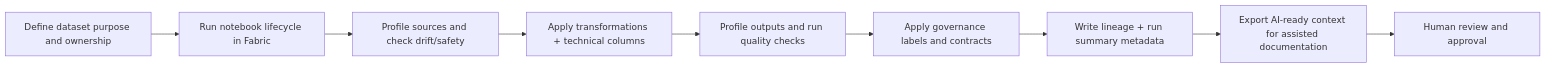
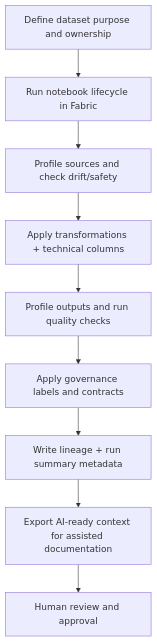
Before and after one commit to Voycepeh/fabric-data-product-framework: the diagram in README.md, drawn with Mermaid. The commit also changed other lines of this file, not shown here.

Commit message:
Revise tagline for clarity on data readiness
Updated tagline to reflect data readiness for BI and AI.

````diff
--- a/README.md
+++ b/README.md
@@ -44,11 +44,11 @@
 ```mermaid
-flowchart LR
+flowchart TD
     A[Define dataset purpose and ownership] --> B[Run notebook lifecycle in Fabric]
     B --> C[Profile sources and check drift/safety]
     C --> D[Apply transformations + technical columns]
     D --> E[Profile outputs and run quality checks]
     E --> F[Apply governance labels and contracts]
     F --> G[Write lineage + run summary metadata]
     G --> H[Export AI-ready context for assisted documentation]
     H --> I[Human review and approval]
 ```
````
